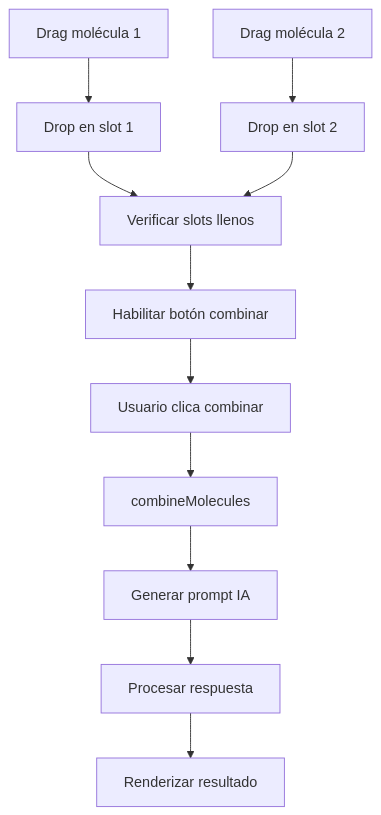
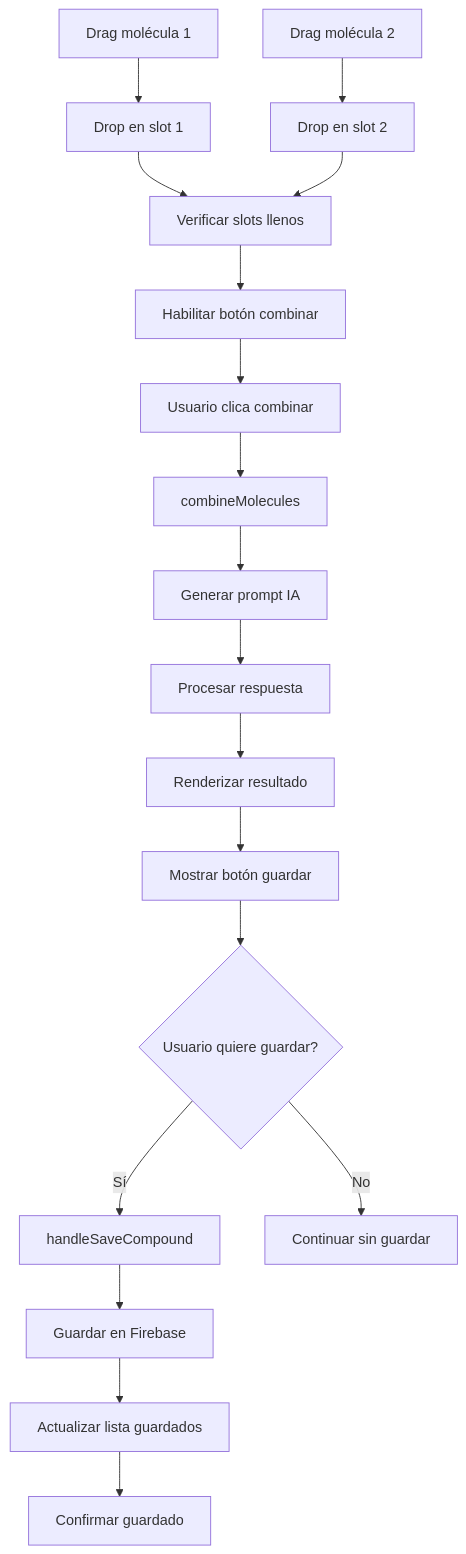
Before and after one commit to CrazyBread7634/VisualizadorDeParticulas: the second of 4 diagrams in docs/COMPONENTS.md, drawn with Mermaid. The commit also changed other lines of this file and 12 other files, not shown here.

````diff
--- a/docs/COMPONENTS.md
+++ b/docs/COMPONENTS.md
@@ -755,13 +934,20 @@
 ```mermaid
 graph TD
     A[Drag molécula 1] --> B[Drop en slot 1]
     C[Drag molécula 2] --> D[Drop en slot 2]
     B --> E[Verificar slots llenos]
     D --> E
     E --> F[Habilitar botón combinar]
     F --> G[Usuario clica combinar]
     G --> H[combineMolecules]
     H --> I[Generar prompt IA]
     I --> J[Procesar respuesta]
     J --> K[Renderizar resultado]
+    K --> L[Mostrar botón guardar]
+    L --> M{Usuario quiere guardar?}
+    M -->|Sí| N[handleSaveCompound]
+    M -->|No| O[Continuar sin guardar]
+    N --> P[Guardar en Firebase]
+    P --> Q[Actualizar lista guardados]
+    Q --> R[Confirmar guardado]
 ```
````
